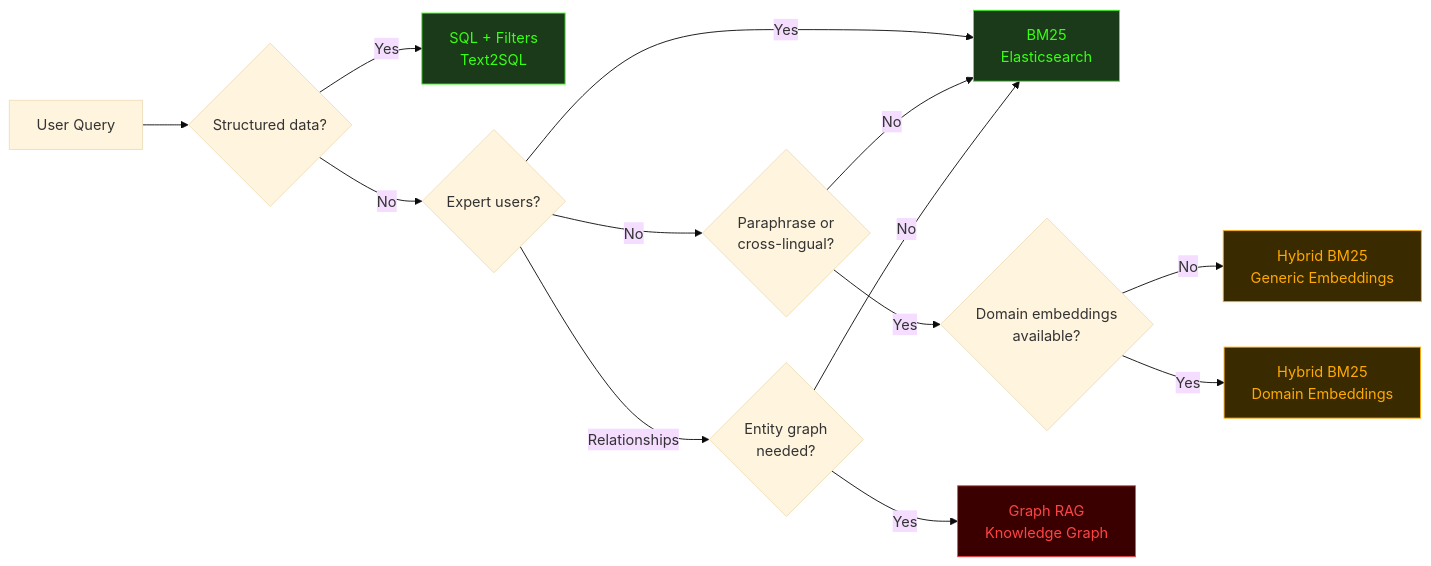
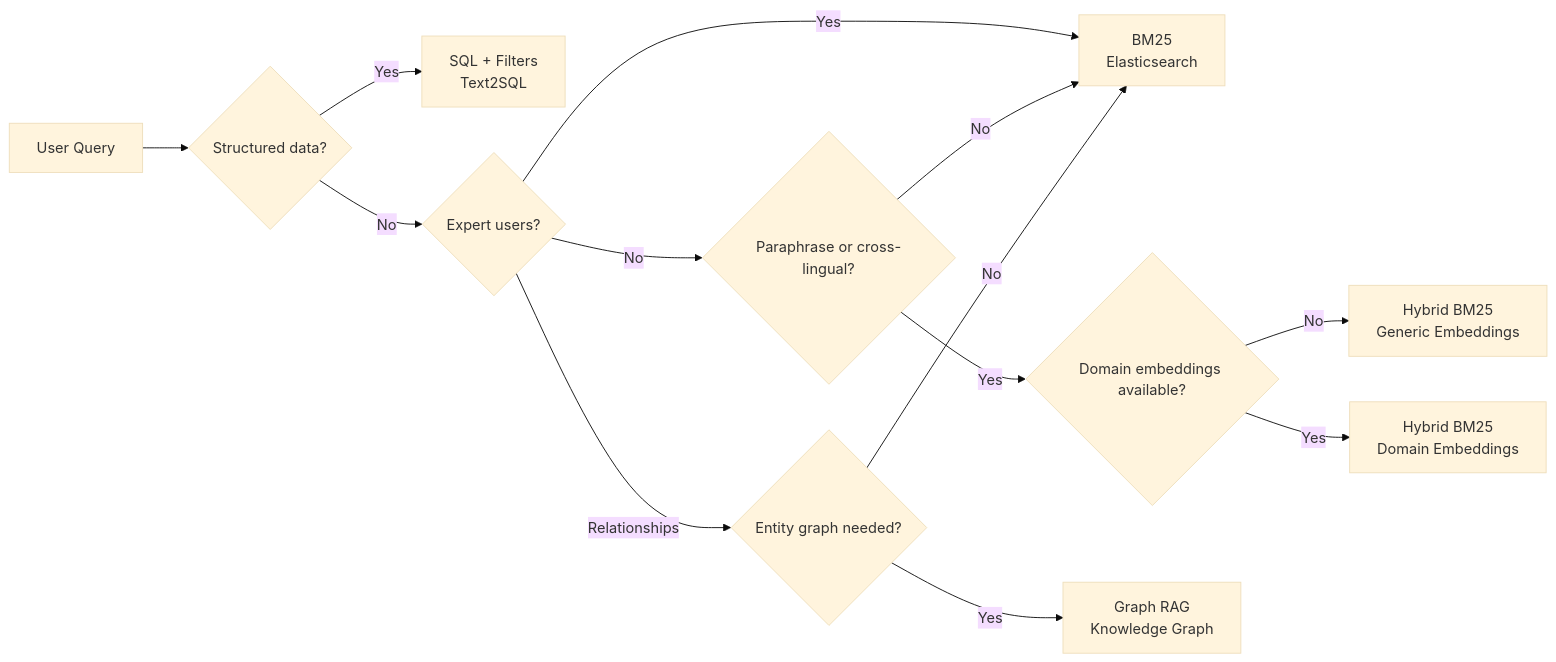
One commit to bet0x/barrahome-2026 changed the second of 3 diagrams in 2026/02/19/rag-from-theory-to-enterprise.md. Above: the diagram before and after it, drawn with Mermaid (base theme). The commit also changed other lines of this file, not shown here.

Commit message:
Fix mermaid styles/diamond syntax and convert tables to HTML

```diff
--- a/2026/02/19/rag-from-theory-to-enterprise.md
+++ b/2026/02/19/rag-from-theory-to-enterprise.md
@@ -59,21 +51,16 @@
 <div class="mermaid">
 graph LR
     Q[User Query] --> S1{Structured data?}
     S1 -->|Yes| SQL[SQL + Filters<br/>Text2SQL]
     S1 -->|No| S2{Expert users?}
     S2 -->|Yes| BM25[BM25<br/>Elasticsearch]
-    S2 -->|No| S3{Paraphrase or<br/>cross-lingual?}
+    S2 -->|No| S3{Paraphrase or cross-lingual?}
     S3 -->|No| BM25
-    S3 -->|Yes| S4{Domain embeddings<br/>available?}
+    S3 -->|Yes| S4{Domain embeddings available?}
     S4 -->|No| HG[Hybrid BM25<br/>Generic Embeddings]
     S4 -->|Yes| HD[Hybrid BM25<br/>Domain Embeddings]
-    S2 -->|Relationships| S5{Entity graph<br/>needed?}
+    S2 -->|Relationships| S5{Entity graph needed?}
     S5 -->|Yes| GRAPH[Graph RAG<br/>Knowledge Graph]
     S5 -->|No| BM25
 
-    style SQL fill:#1a3a1a,stroke:#39ff14,color:#39ff14
-    style BM25 fill:#1a3a1a,stroke:#39ff14,color:#39ff14
-    style HD fill:#3a2a00,stroke:#ffaa00,color:#ffaa00
-    style HG fill:#3a2a00,stroke:#ffaa00,color:#ffaa00
-    style GRAPH fill:#3a0000,stroke:#ff4444,color:#ff4444
 </div>
```
